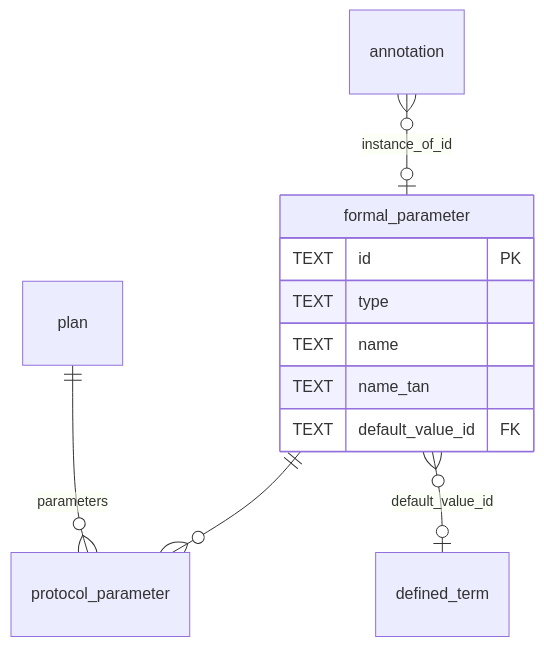
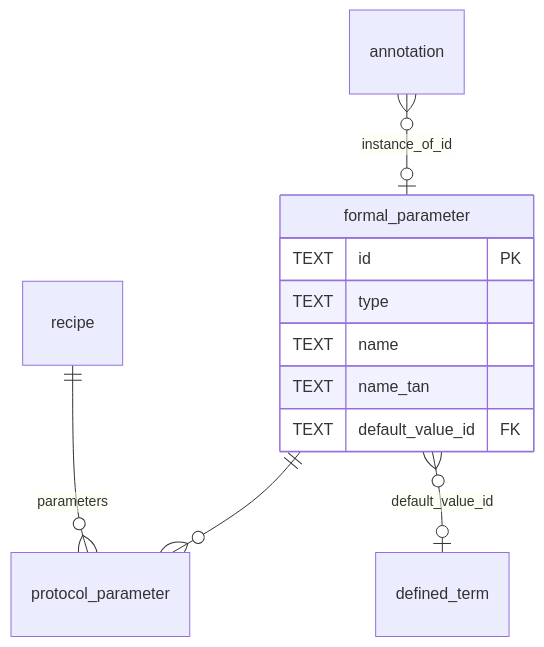
One commit to HLWeil/ProcessCore changed the fourth of 18 diagrams in schemas/sql/design.md. Above: the diagram before and after it, drawn with Mermaid. The commit also changed other lines of this file and 71 other files, not shown here.

Commit message:
rename plan to recipe

````diff
--- a/schemas/sql/design.md
+++ b/schemas/sql/design.md
@@ -145,14 +145,14 @@
 ```mermaid
 erDiagram
     formal_parameter {
         TEXT id PK
         TEXT type
         TEXT name
         TEXT name_tan
         TEXT default_value_id FK
     }
-    plan ||--o{ protocol_parameter : "parameters"
+    recipe ||--o{ protocol_parameter : "parameters"
     formal_parameter ||--o{ protocol_parameter : ""
     formal_parameter }o--o| defined_term : "default_value_id"
     annotation }o--o| formal_parameter : "instance_of_id"
 ```
````
